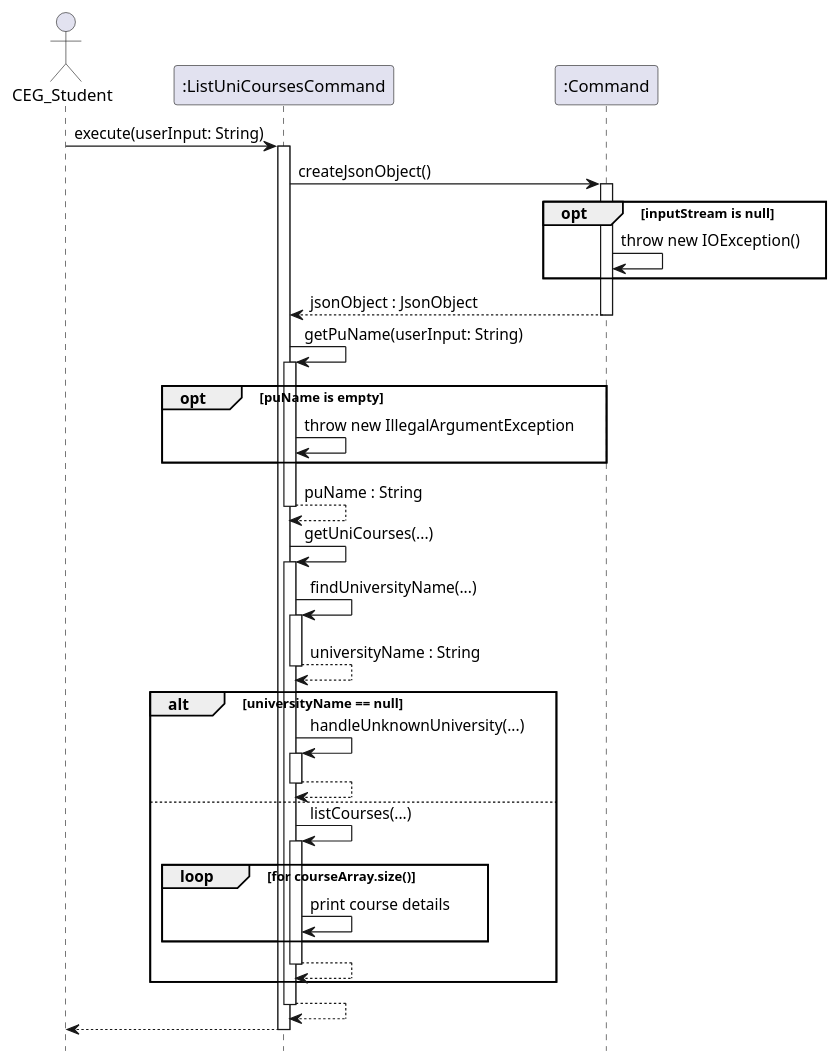
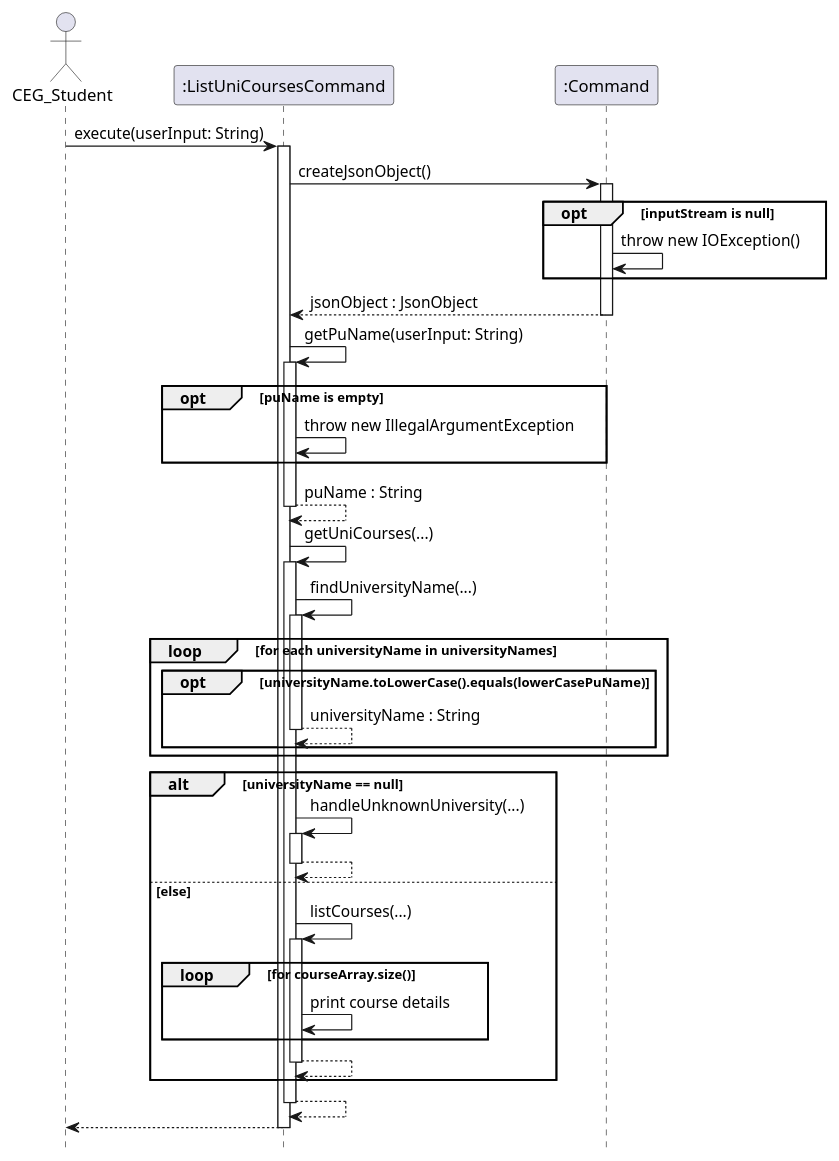
One commit to nus-cs2113-AY2425S1/tp changed the diagram in uml-diagrams/ListUniCoursesCommand.puml. Above: the diagram before and after it, drawn with PlantUML. The commit also changed 2 other files, not shown here.

Commit message:
Update sequence diagram and DG to match ListUniCoursesCommand

```diff
--- a/uml-diagrams/ListUniCoursesCommand.puml
+++ b/uml-diagrams/ListUniCoursesCommand.puml
@@ -1,54 +1,59 @@
 @startuml
 
 hide footbox
 
 actor CEG_Student
 
 participant ":ListUniCoursesCommand" as ListUniCoursesCommand
 participant ":Command" as Command
 
 CEG_Student -> ListUniCoursesCommand : execute(userInput: String)
 activate ListUniCoursesCommand
 
 ListUniCoursesCommand -> Command : createJsonObject()
 activate Command
 
 opt inputStream is null
     Command -> Command: throw new IOException()
 end
 
 Command --> ListUniCoursesCommand: jsonObject : JsonObject
 deactivate Command
 
 ListUniCoursesCommand -> ListUniCoursesCommand : getPuName(userInput: String)
 activate ListUniCoursesCommand
 
 opt puName is empty
     ListUniCoursesCommand -> ListUniCoursesCommand : throw new IllegalArgumentException
 end
 return puName : String
 
 ListUniCoursesCommand -> ListUniCoursesCommand : getUniCourses(...)
 activate ListUniCoursesCommand
 
 ListUniCoursesCommand -> ListUniCoursesCommand : findUniversityName(...)
 activate ListUniCoursesCommand
-return universityName : String
+loop for each universityName in universityNames
+    opt universityName.toLowerCase().equals(lowerCasePuName)
+    return universityName : String
+    end
+end
 
 alt universityName == null
-ListUniCoursesCommand -> ListUniCoursesCommand : handleUnknownUniversity(...)
-activate ListUniCoursesCommand
-return
-    else
-    ListUniCoursesCommand -> ListUniCoursesCommand : listCourses(...)
+    ListUniCoursesCommand -> ListUniCoursesCommand : handleUnknownUniversity(...)
     activate ListUniCoursesCommand
-    loop for courseArray.size()
-    ListUniCoursesCommand -> ListUniCoursesCommand : print course details
+    return
+        else else
+        ListUniCoursesCommand -> ListUniCoursesCommand : listCourses(...)
+        activate ListUniCoursesCommand
+            loop for courseArray.size()
+            ListUniCoursesCommand -> ListUniCoursesCommand : print course details
+            end
+        return
     end
 return
-end
-return
+
 ListUniCoursesCommand --> CEG_Student
 deactivate ListUniCoursesCommand
 
 @enduml
```
